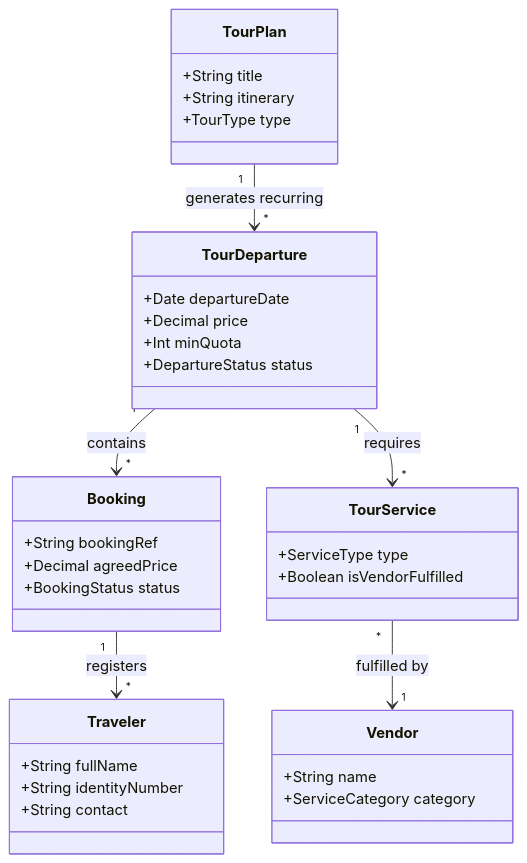
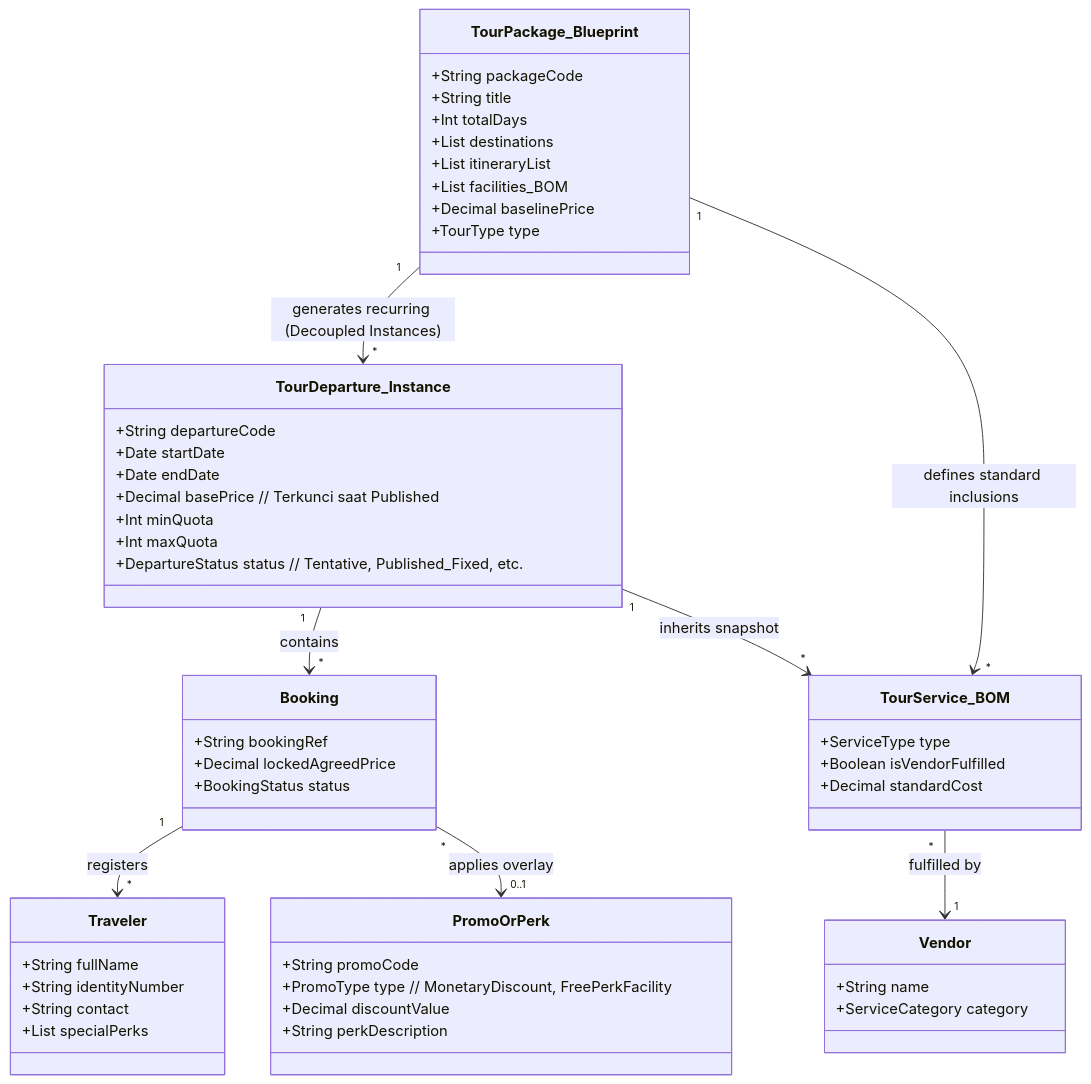
Before and after one commit to mfauzanfikri/tms-docs: the first of 2 diagrams in contexts/01_BRD_Travel_Trip_Management.md, drawn with Mermaid. The commit also changed other lines of this file and 3 other files, not shown here.

Commit message:
docs(context): sync BRD, flow, BPMN, and module design with latest business rules

````diff
--- a/contexts/01_BRD_Travel_Trip_Management.md
+++ b/contexts/01_BRD_Travel_Trip_Management.md
@@ -29,38 +29,56 @@
 ```mermaid
 classDiagram
-    class TourPlan {
+    class TourPackage_Blueprint {
+        +String packageCode
         +String title
-        +String itinerary
+        +Int totalDays
+        +List destinations
+        +List itineraryList
+        +List facilities_BOM
+        +Decimal baselinePrice
         +TourType type
     }
-    class TourDeparture {
-        +Date departureDate
-        +Decimal price
+    class TourDeparture_Instance {
+        +String departureCode
+        +Date startDate
+        +Date endDate
+        +Decimal basePrice // Terkunci saat Published
         +Int minQuota
-        +DepartureStatus status
+        +Int maxQuota
+        +DepartureStatus status // Tentative, Published_Fixed, etc.
     }
     class Booking {
         +String bookingRef
-        +Decimal agreedPrice
+        +Decimal lockedAgreedPrice
         +BookingStatus status
+    }
+    class PromoOrPerk {
+        +String promoCode
+        +PromoType type // MonetaryDiscount, FreePerkFacility
+        +Decimal discountValue
+        +String perkDescription
     }
     class Traveler {
         +String fullName
         +String identityNumber
         +String contact
+        +List specialPerks
     }
-    class TourService {
+    class TourService_BOM {
         +ServiceType type
         +Boolean isVendorFulfilled
+        +Decimal standardCost
     }
     class Vendor {
         +String name
         +ServiceCategory category
     }
 
-    TourPlan "1" --> "*" TourDeparture : generates recurring
-    TourDeparture "1" --> "*" Booking : contains
+    TourPackage_Blueprint "1" --> "*" TourDeparture_Instance : generates recurring (Decoupled Instances)
+    TourPackage_Blueprint "1" --> "*" TourService_BOM : defines standard inclusions
+    TourDeparture_Instance "1" --> "*" Booking : contains
     Booking "1" --> "*" Traveler : registers
-    TourDeparture "1" --> "*" TourService : requires
-    TourService "*" --> "1" Vendor : fulfilled by
+    Booking "*" --> "0..1" PromoOrPerk : applies overlay
+    TourDeparture_Instance "1" --> "*" TourService_BOM : inherits snapshot
+    TourService_BOM "*" --> "1" Vendor : fulfilled by
 ```
````
